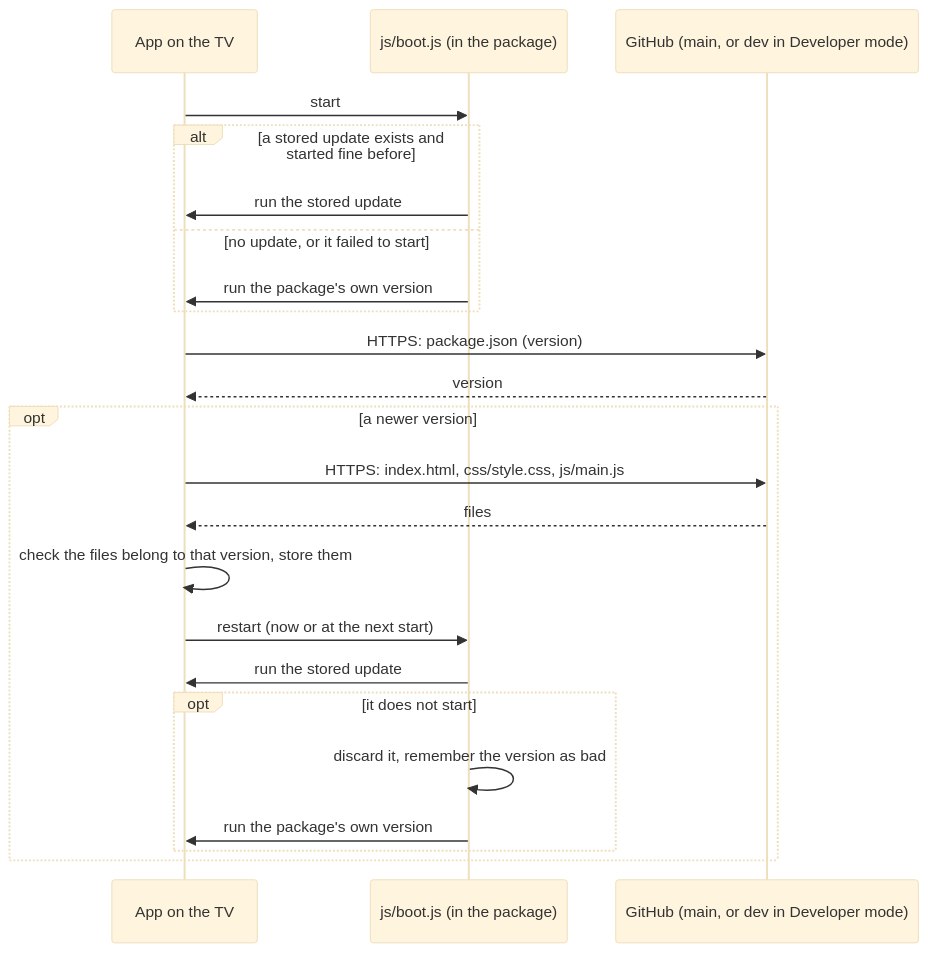
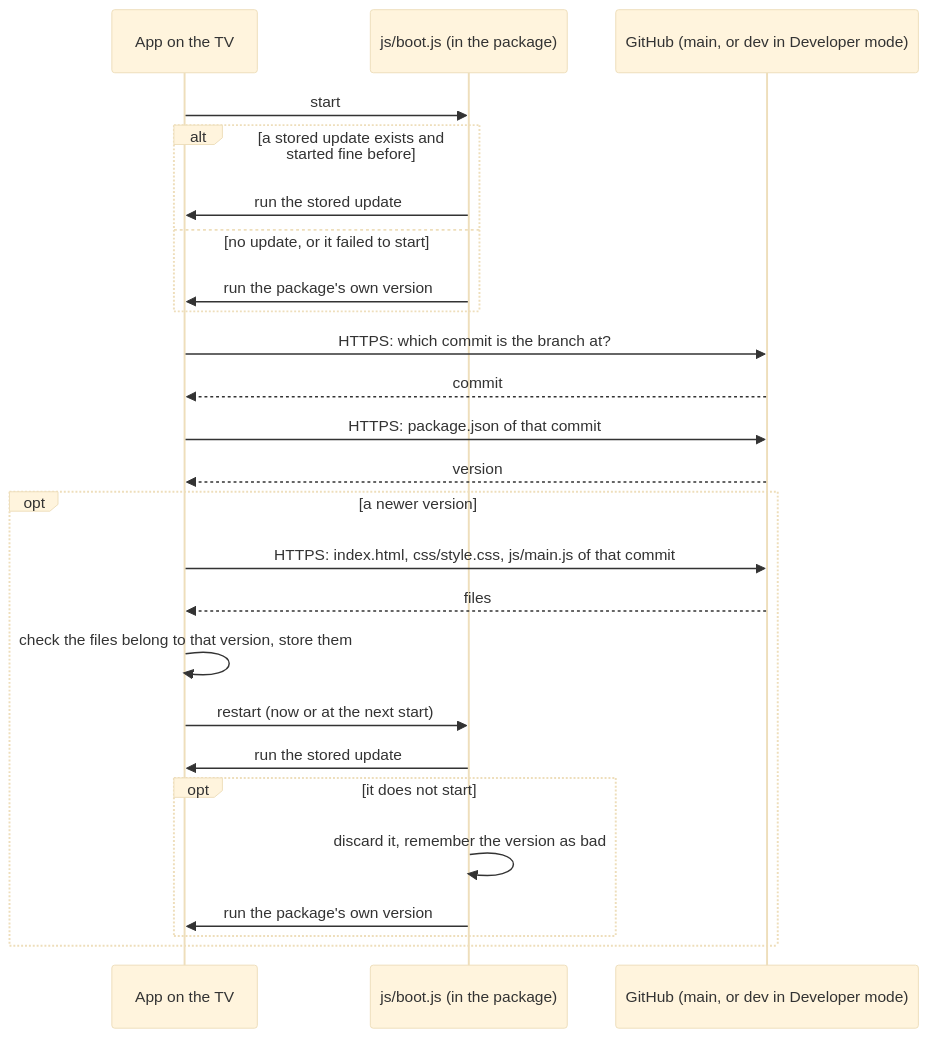
The diagram in SECURITY.md (miglworld/MyTVapp), drawn with Mermaid (base theme) before and after one commit. The commit also changed other lines of this file and 7 other files, not shown here.

````diff
--- a/SECURITY.md
+++ b/SECURITY.md
@@ -63,26 +64,28 @@
 ```mermaid
 sequenceDiagram
     participant TV as App on the TV
     participant Boot as js/boot.js (in the package)
     participant GH as GitHub (main, or dev in Developer mode)
 
     TV->>Boot: start
     alt a stored update exists and started fine before
         Boot->>TV: run the stored update
     else no update, or it failed to start
         Boot->>TV: run the package's own version
     end
-    TV->>GH: HTTPS: package.json (version)
+    TV->>GH: HTTPS: which commit is the branch at?
+    GH-->>TV: commit
+    TV->>GH: HTTPS: package.json of that commit
     GH-->>TV: version
     opt a newer version
-        TV->>GH: HTTPS: index.html, css/style.css, js/main.js
+        TV->>GH: HTTPS: index.html, css/style.css, js/main.js of that commit
         GH-->>TV: files
         TV->>TV: check the files belong to that version, store them
         TV->>Boot: restart (now or at the next start)
         Boot->>TV: run the stored update
         opt it does not start
             Boot->>Boot: discard it, remember the version as bad
             Boot->>TV: run the package's own version
         end
     end
 ```
````
